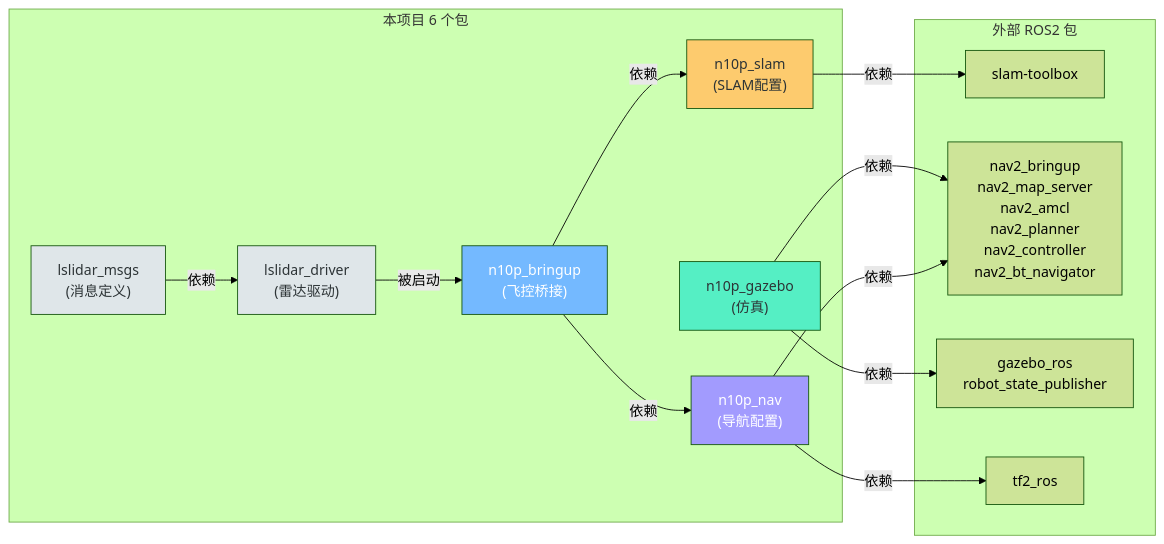
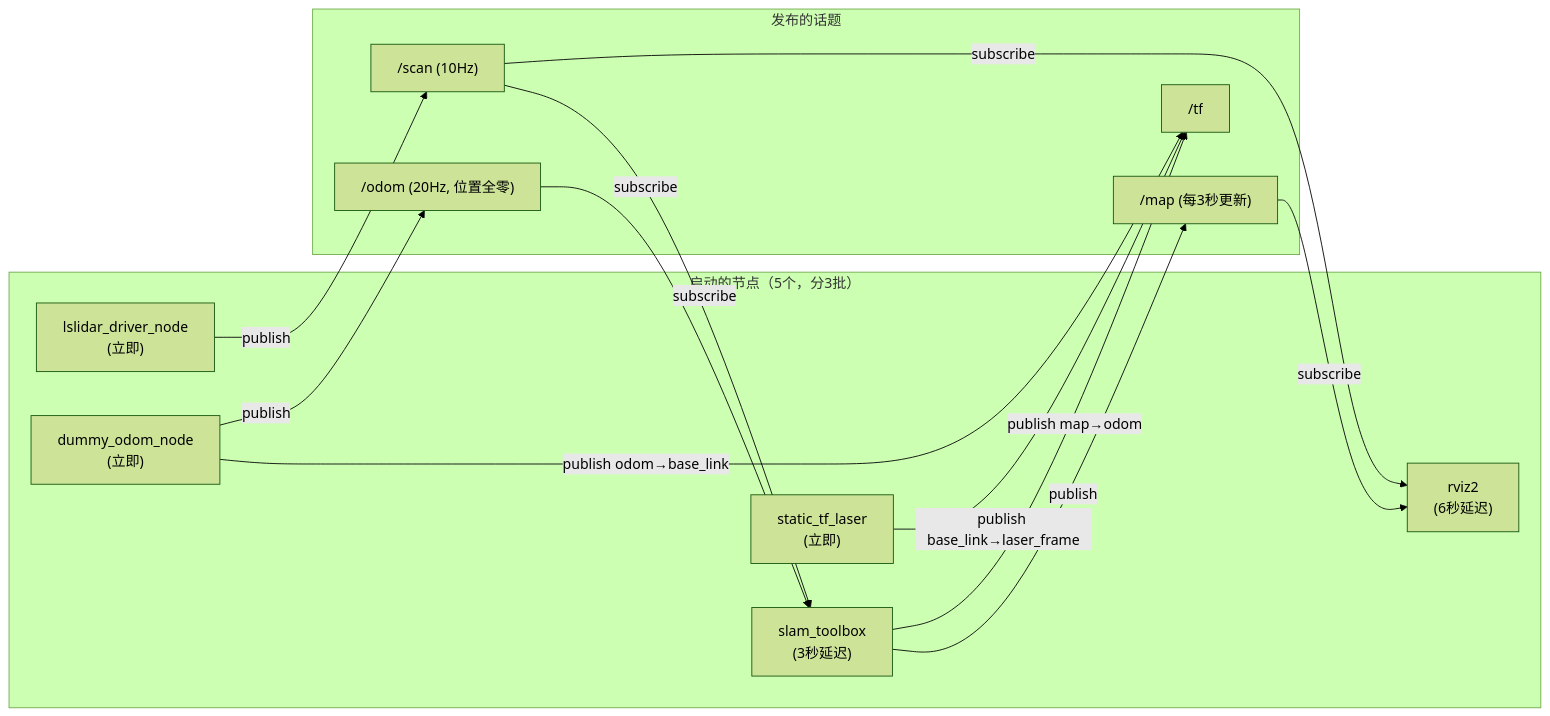
One commit to yangou-ylz/n10p_laser_ros2 changed the seventh of 25 diagrams in learn.md. Above: the diagram before and after it, drawn with Mermaid (forest theme). The commit also changed other lines of this file and 32 other files, not shown here.

````diff
--- a/learn.md
+++ b/learn.md
@@ -1453,35 +549,28 @@
 ```mermaid
 flowchart LR
-    subgraph 外部依赖["外部 ROS2 包"]
-        SLAM_TOOL["slam-toolbox"]
-        NAV2["nav2_bringup<br/>nav2_map_server<br/>nav2_amcl<br/>nav2_planner<br/>nav2_controller<br/>nav2_bt_navigator"]
-        GAZEBO["gazebo_ros<br/>robot_state_publisher"]
-        TF2["tf2_ros"]
+    subgraph NODES["启动的节点（5个，分3批）"]
+        DUMMY["dummy_odom_node<br/>(立即)"]
+        DRV["lslidar_driver_node<br/>(立即)"]
+        TF["static_tf_laser<br/>(立即)"]
+        SLAM["slam_toolbox<br/>(3秒延迟)"]
+        RVIZ["rviz2<br/>(6秒延迟)"]
     end
 
-    subgraph 项目包["本项目 6 个包"]
-        MSG["lslidar_msgs<br/>(消息定义)"]
-        DRV["lslidar_driver<br/>(雷达驱动)"]
-        BRG["n10p_bringup<br/>(飞控桥接)"]
-        SLAM["n10p_slam<br/>(SLAM配置)"]
-        NAV["n10p_nav<br/>(导航配置)"]
-        GAZ["n10p_gazebo<br/>(仿真)"]
+    subgraph TOPICS["发布的话题"]
+        SCAN["/scan (10Hz)"]
+        ODOM["/odom (20Hz, 位置全零)"]
+        MAP["/map (每3秒更新)"]
+        TF_TOPIC["/tf"]
     end
 
-    MSG -->|"依赖"| DRV
-    DRV -->|"被启动"| BRG
-    BRG -->|"依赖"| SLAM
-    BRG -->|"依赖"| NAV
-    SLAM -->|"依赖"| SLAM_TOOL
-    NAV -->|"依赖"| NAV2
-    NAV -->|"依赖"| TF2
-    GAZ -->|"依赖"| GAZEBO
-    GAZ -->|"依赖"| NAV2
-
-    style MSG fill:#dfe6e9,color:#2d3436
-    style DRV fill:#dfe6e9,color:#2d3436
-    style BRG fill:#74b9ff,color:#fff
-    style SLAM fill:#fdcb6e,color:#2d3436
-    style NAV fill:#a29bfe,color:#fff
-    style GAZ fill:#55efc4,color:#2d3436
+    DRV -->|"publish"| SCAN
+    DUMMY -->|"publish"| ODOM
+    DUMMY -->|"publish odom→base_link"| TF_TOPIC
+    TF -->|"publish base_link→laser_frame"| TF_TOPIC
+    SLAM -->|"publish"| MAP
+    SLAM -->|"publish map→odom"| TF_TOPIC
+    SCAN -->|"subscribe"| SLAM
+    SCAN -->|"subscribe"| RVIZ
+    ODOM -->|"subscribe"| SLAM
+    MAP -->|"subscribe"| RVIZ
 ```
````
